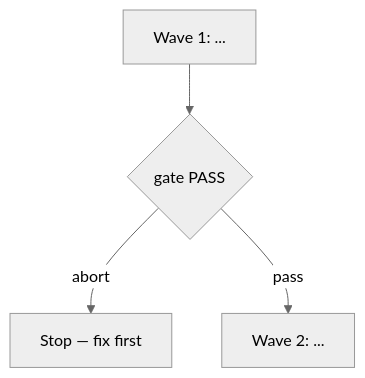
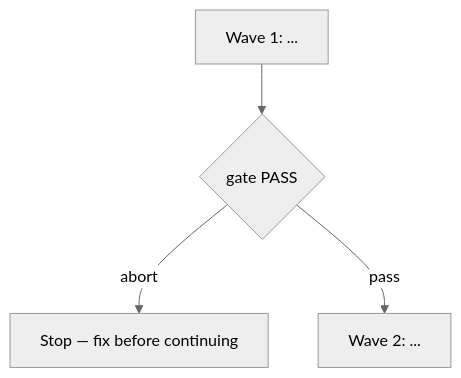
Before and after one commit to WolvenTech/wolven-harness: the diagram in .agents/skills/code-spec/references/TEMPLATE.md, drawn with Mermaid (neutral theme). The commit also changed other lines of this file and 18 other files, not shown here.

````diff
--- a/.agents/skills/code-spec/references/TEMPLATE.md
+++ b/.agents/skills/code-spec/references/TEMPLATE.md
@@ -39,6 +41,6 @@
 ```mermaid
 flowchart TD
   A[Wave 1: ...] --> G1{gate PASS}
-  G1 -->|abort| X[Stop — fix first]
+  G1 -->|abort| X[Stop — fix before continuing]
   G1 -->|pass| B[Wave 2: ...]
 ```
````
